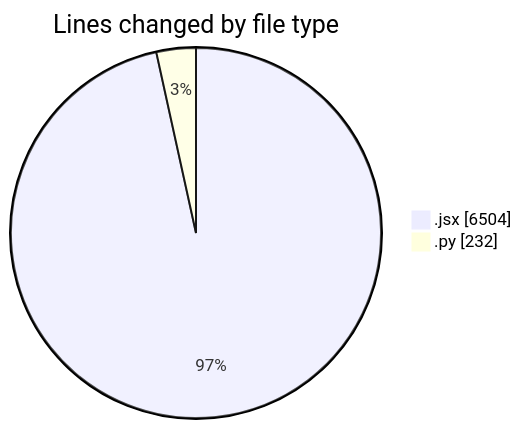
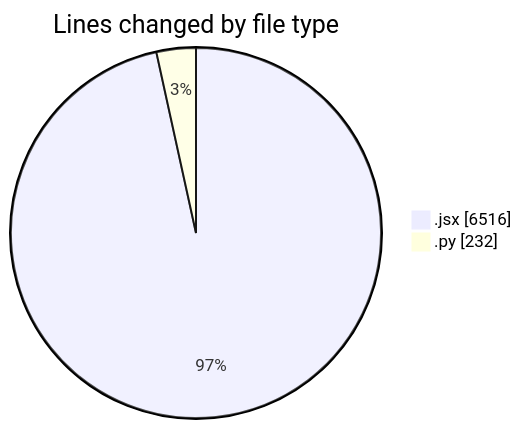
One commit to nxtqubesakshisongat/code-tracking changed the first of 2 diagrams in 2025-05-20/nxtqube_webapp/README.md. Above: the diagram before and after it, drawn with Mermaid. The commit also changed other lines of this file and 1 other file, not shown here.

````diff
--- a/2025-05-20/nxtqube_webapp/README.md
+++ b/2025-05-20/nxtqube_webapp/README.md
@@ -25,6 +25,6 @@
 ```mermaid
 pie showData
 title Lines changed by file type
-".jsx" : 6504
+".jsx" : 6516
 ".py" : 232
 ```
````
